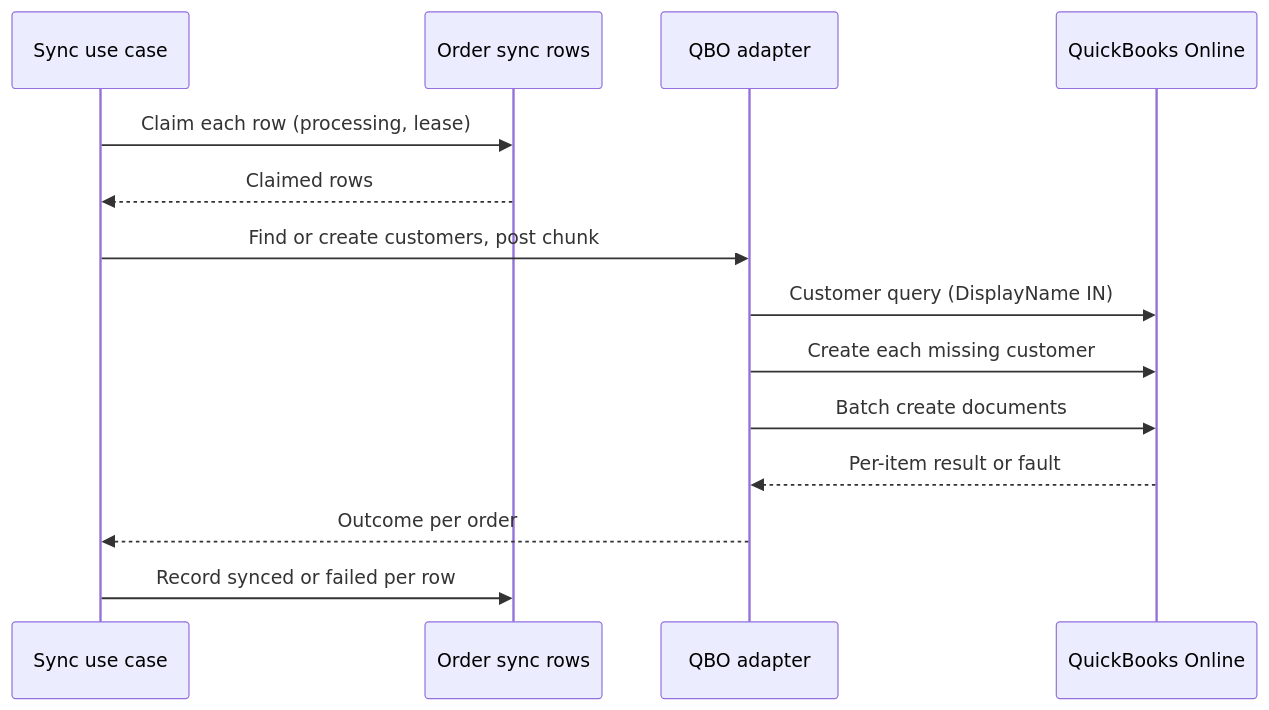
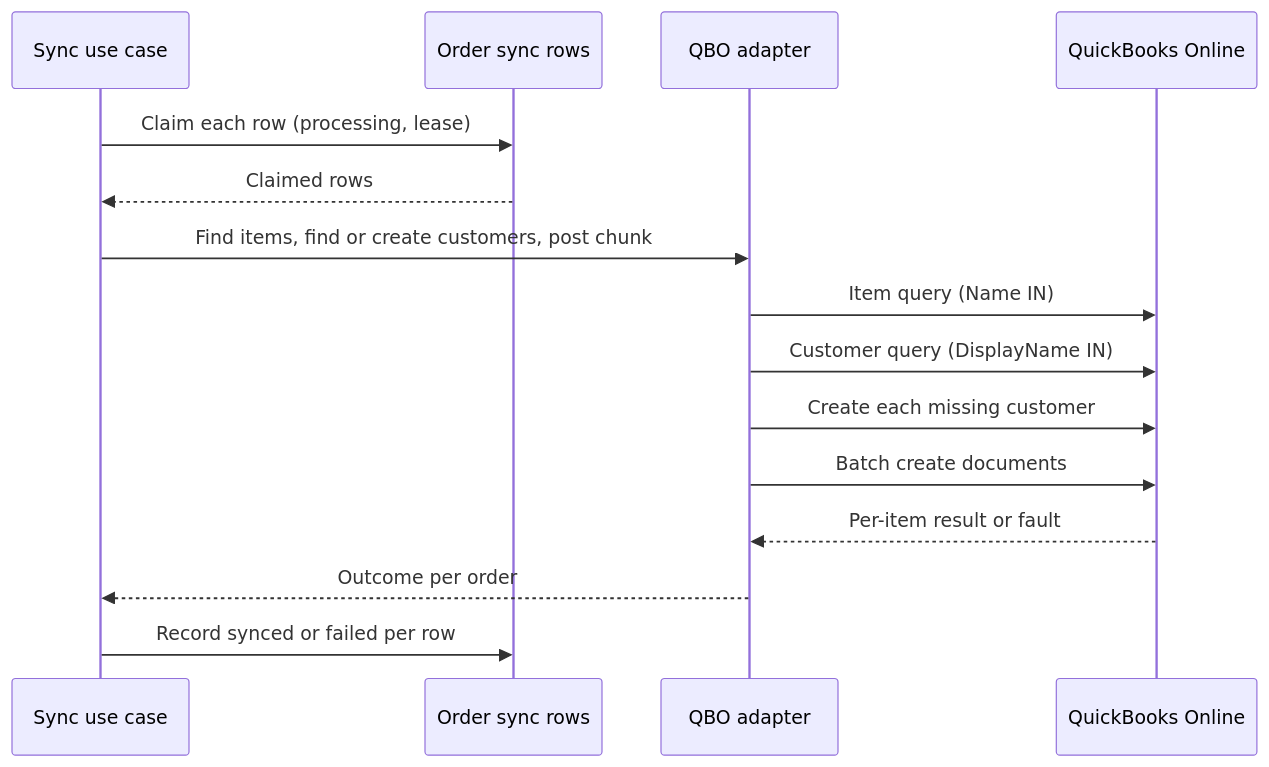
One commit to alzproducts/alz-core changed the second of 2 diagrams in docs/architecture/quickbooks-order-sync.md. Above: the diagram before and after it, drawn with Mermaid. The commit also changed other lines of this file and 63 other files, not shown here.

````diff
--- a/docs/architecture/quickbooks-order-sync.md
+++ b/docs/architecture/quickbooks-order-sync.md
@@ -43,17 +43,18 @@
 ```mermaid
 sequenceDiagram
     participant UC as Sync use case
     participant DB as Order sync rows
     participant QA as QBO adapter
     participant QB as QuickBooks Online
 
     UC->>DB: Claim each row (processing, lease)
     DB-->>UC: Claimed rows
-    UC->>QA: Find or create customers, post chunk
+    UC->>QA: Find items, find or create customers, post chunk
+    QA->>QB: Item query (Name IN)
     QA->>QB: Customer query (DisplayName IN)
     QA->>QB: Create each missing customer
     QA->>QB: Batch create documents
     QB-->>QA: Per-item result or fault
     QA-->>UC: Outcome per order
     UC->>DB: Record synced or failed per row
 ```
````
